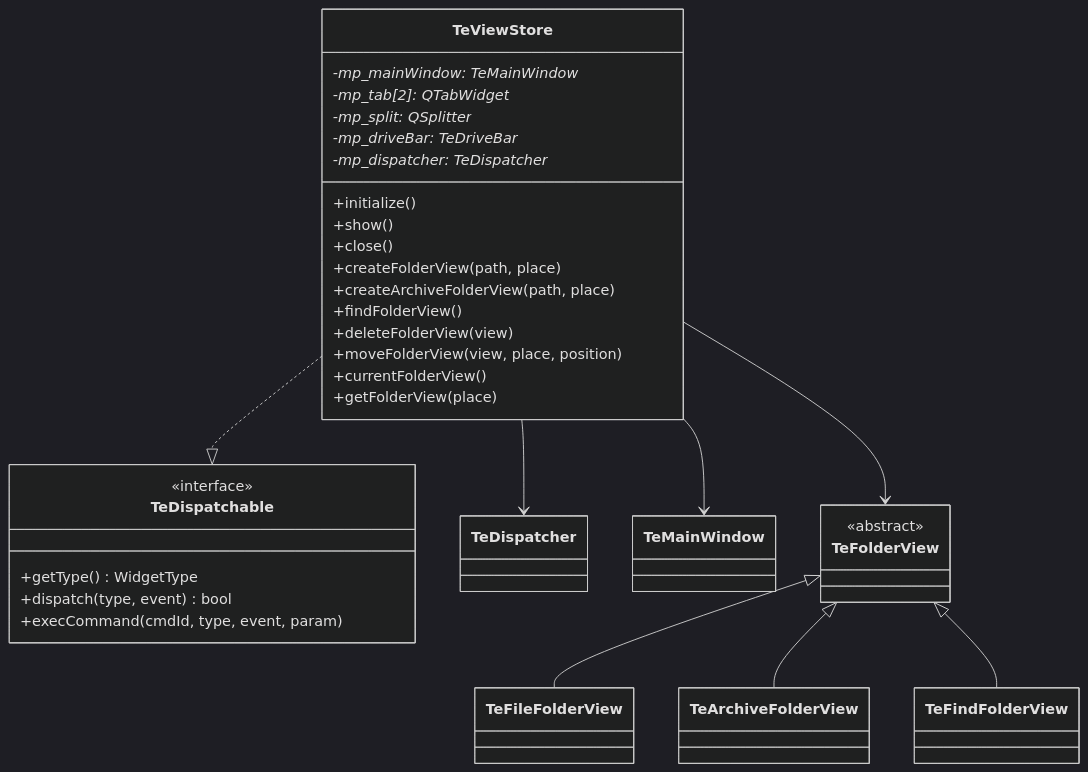
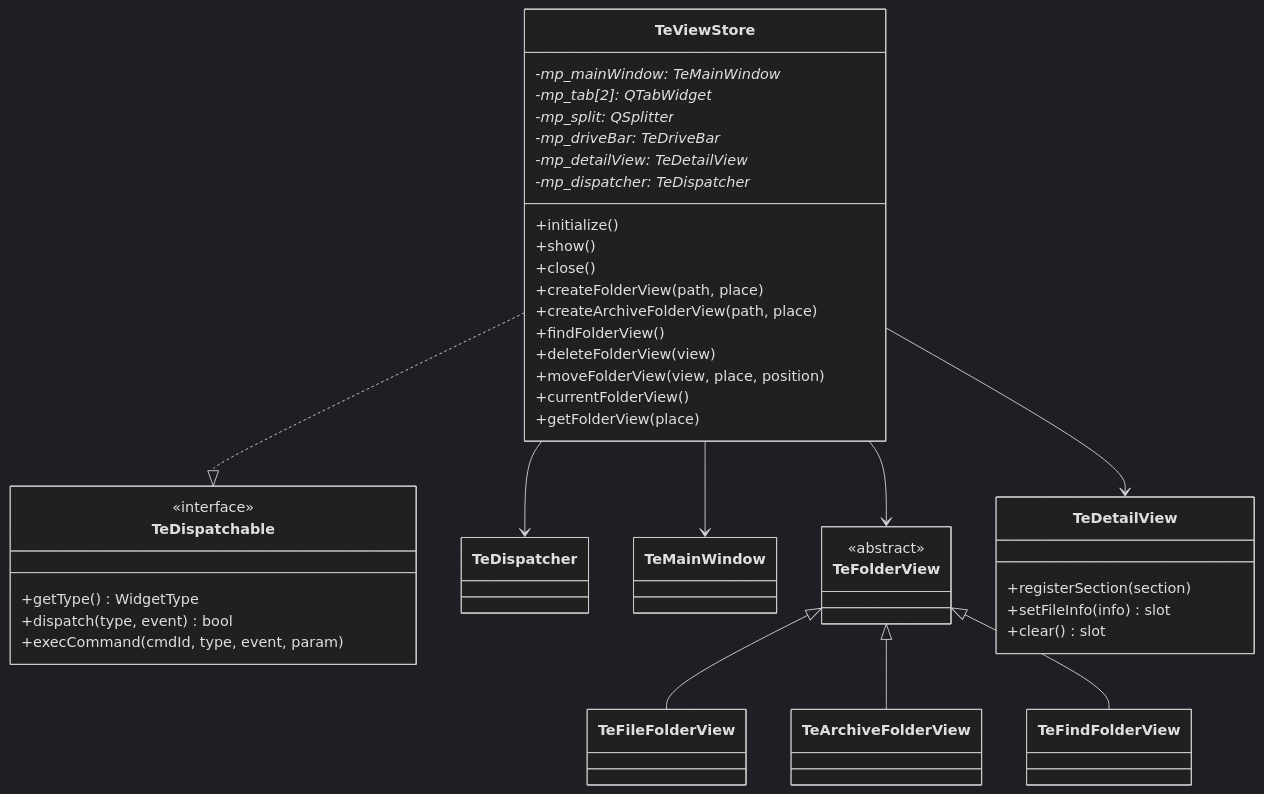
The diagram in doc/markdown/05_viewstore.md (takashiK/TableEngine), drawn with Mermaid (dark theme) before and after one commit. The commit also changed other lines of this file and 25 other files, not shown here.

````diff
--- a/doc/markdown/05_viewstore.md
+++ b/doc/markdown/05_viewstore.md
@@ -47,42 +48,49 @@
 ```mermaid
 classDiagram
     class TeViewStore {
         +initialize()
         +show()
         +close()
         +createFolderView(path, place)
         +createArchiveFolderView(path, place)
         +findFolderView()
         +deleteFolderView(view)
         +moveFolderView(view, place, position)
         +currentFolderView()
         +getFolderView(place)
         -mp_mainWindow: TeMainWindow*
         -mp_tab[2]: QTabWidget*
         -mp_split: QSplitter*
         -mp_driveBar: TeDriveBar*
+        -mp_detailView: TeDetailView*
         -mp_dispatcher: TeDispatcher*
     }
     class TeDispatchable {
         <<interface>>
         +getType() WidgetType
         +dispatch(type, event) bool
         +execCommand(cmdId, type, event, param)
     }
     class TeDispatcher
     class TeMainWindow
     class TeFolderView {
         <<abstract>>
     }
     class TeFileFolderView
     class TeArchiveFolderView
     class TeFindFolderView
+    class TeDetailView {
+        +registerSection(section)
+        +setFileInfo(info) slot
+        +clear() slot
+    }
 
     TeViewStore ..|> TeDispatchable
     TeViewStore --> TeDispatcher
     TeViewStore --> TeMainWindow
     TeViewStore --> TeFolderView
+    TeViewStore --> TeDetailView
     TeFolderView <|-- TeFileFolderView
     TeFolderView <|-- TeArchiveFolderView
     TeFolderView <|-- TeFindFolderView
 ```
````
